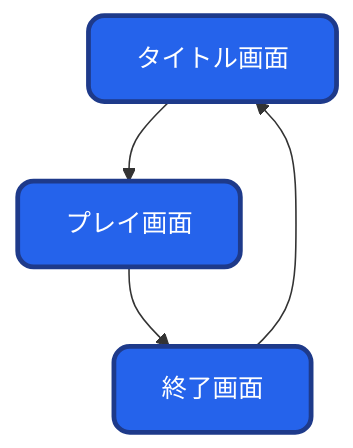
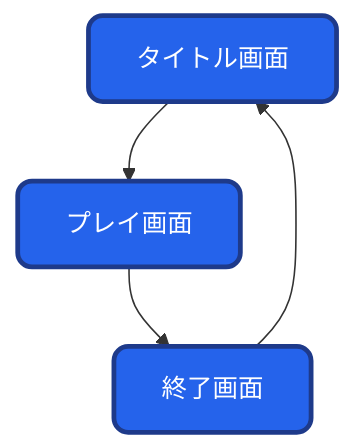
Before and after one commit to kureha001/MMP: the first of 5 diagrams in ゲーム/03_MechHunter/README/30_シーン管理.MD, drawn with Mermaid. The commit also changed other lines of this file and 1 other file, not shown here.

````diff
--- a/ゲーム/03_MechHunter/README/30_シーン管理.MD
+++ b/ゲーム/03_MechHunter/README/30_シーン管理.MD
@@ -13,15 +13,19 @@
 ```mermaid
 graph TD
-%% ==== Styles ====
-classDef highlight fill:#2563eb,color:#ffffff,stroke:#1e3a8a,stroke-width:3px,rx:10,ry:10
+%% ==== 書式 ====
+classDef 開始 fill:#000000,color:#ffffff,stroke:#000000;
+classDef 画面 fill:#2563eb,color:#ffffff,stroke:#1e3a8a,stroke-width:3px,rx:9,ry:9;
+classDef サブ fill:#e8f4ff,stroke:#2563eb,stroke-width:2px,rx:9,ry:9;
+classDef 処理 fill:#f5f5f5,stroke:#535353;
+classDef 分岐 fill:#fff7e6,stroke:#d97706,stroke-width:2px;
 
-%% ==== Nodes ====
-title[タイトル画面]:::highlight
-play[プレイ画面]:::highlight
-endScr[終了画面]:::highlight
+%% ==== ノード ====
+title[タイトル画面]:::画面
+play[プレイ画面]:::画面
+endScr[終了画面]:::画面
 
-%% ==== Flow ====
+%% ==== 処理順序 ====
 title --> play
 play --> endScr
 endScr --> title
 ```
````
